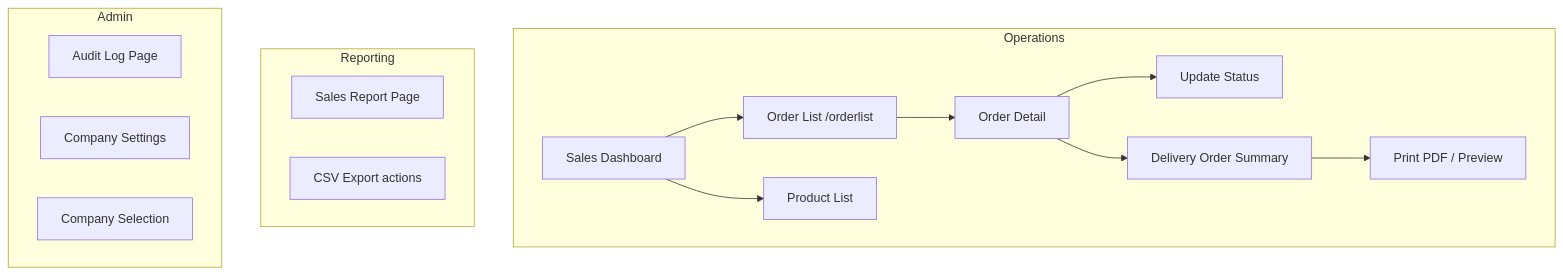
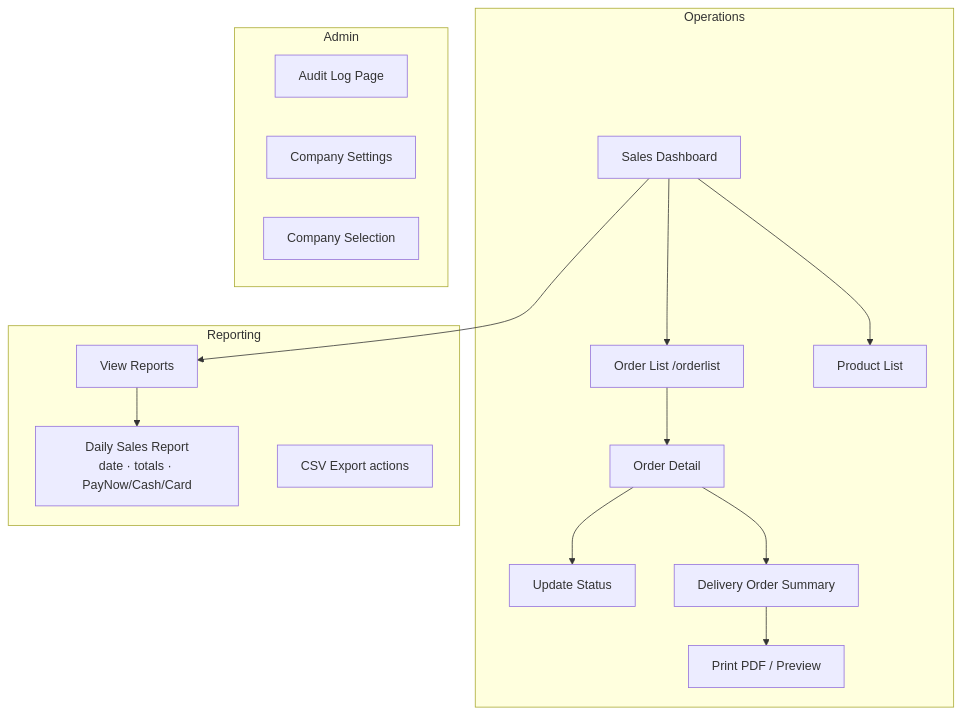
Before and after one commit to kahliantoo-rgb/tfg_vday: the eighth of 10 diagrams in docs/WORKFLOW.md, drawn with Mermaid. The commit also changed other lines of this file and 72 other files, not shown here.

First line of the commit message:
Add daily sales report, release APK CI, and peak-season updates.

````diff
--- a/docs/WORKFLOW.md
+++ b/docs/WORKFLOW.md
@@ -295,22 +295,23 @@
 ```mermaid
 flowchart TB
     subgraph Operations
         A[Sales Dashboard] --> B[Order List /orderlist]
         A --> C[Product List]
         B --> D[Order Detail]
         D --> E[Update Status]
         D --> F[Delivery Order Summary]
         F --> G[Print PDF / Preview]
     end
 
     subgraph Reporting
-        H[Sales Report Page]
+        A --> V[View Reports]
+        V --> H[Daily Sales Report<br/>date · totals · PayNow/Cash/Card]
         I[CSV Export actions]
     end
 
     subgraph Admin
         J[Audit Log Page]
         K[Company Settings]
         L[Company Selection]
     end
 ```
````
